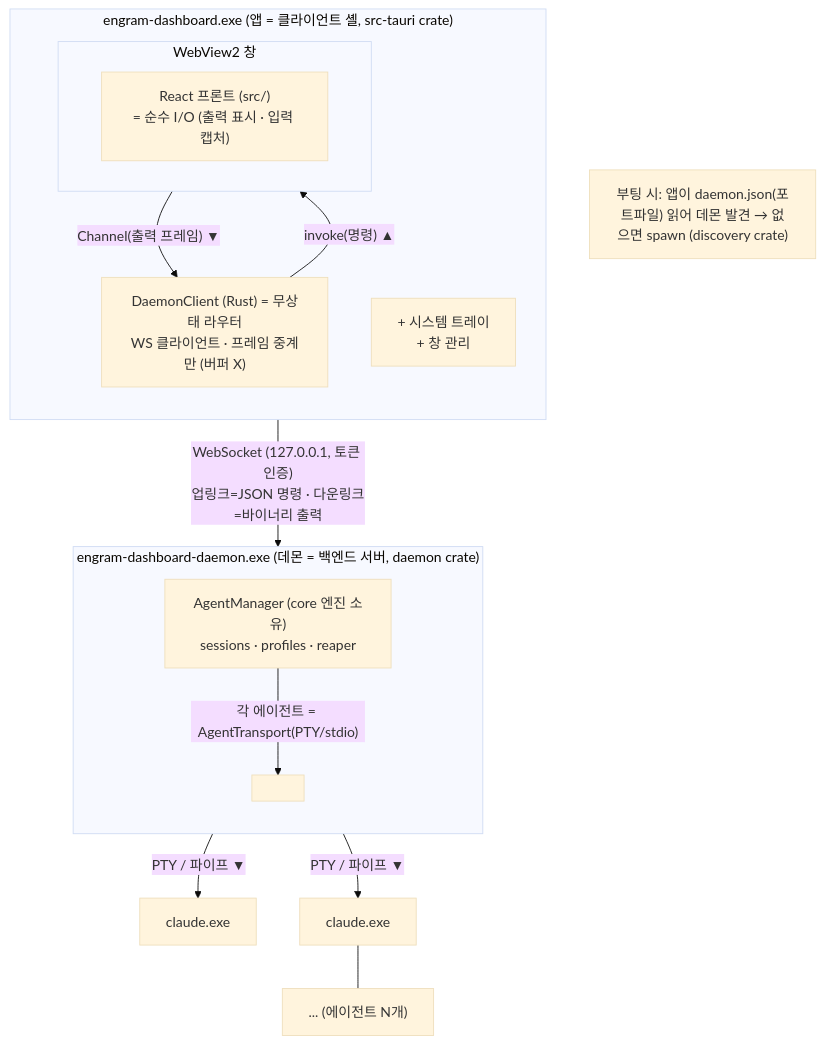
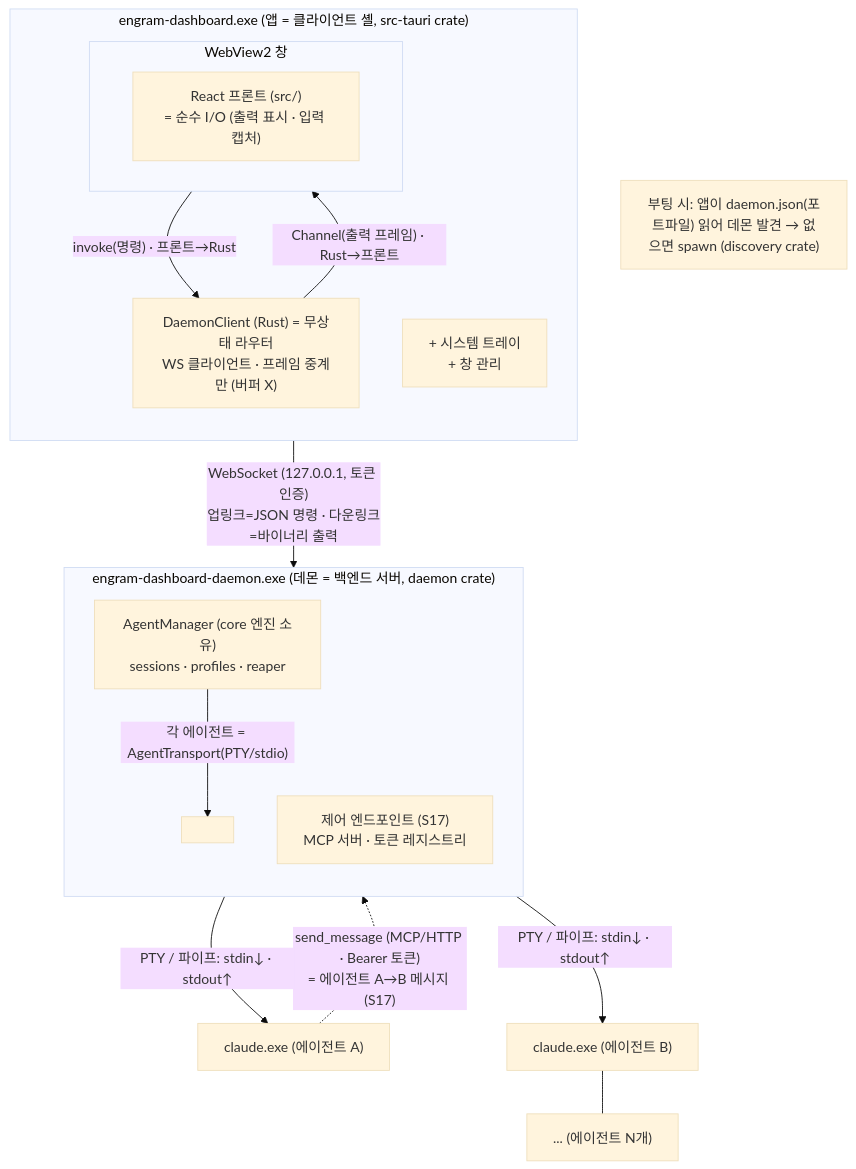
Before and after one commit to kimsunzun/engram-dashboard: the first of 18 diagrams in docs/reference/architecture-overview.md, drawn with Mermaid (base theme). The commit also changed other lines of this file, not shown here.

````diff
--- a/docs/reference/architecture-overview.md
+++ b/docs/reference/architecture-overview.md
@@ -35,26 +38,28 @@
 ```mermaid
 flowchart TD
   subgraph APP["engram-dashboard.exe (앱 = 클라이언트 셸, src-tauri crate)"]
     direction TB
     subgraph WV["WebView2 창"]
       WVc["React 프론트 (src/)<br/>= 순수 I/O (출력 표시 · 입력 캡처)"]
     end
     EXTRA["+ 시스템 트레이<br/>+ 창 관리"]
     DC["DaemonClient (Rust) = 무상태 라우터<br/>WS 클라이언트 · 프레임 중계만 (버퍼 X)"]
-    DC -->|"invoke(명령) ▲"| WV
-    WV -->|"Channel(출력 프레임) ▼"| DC
+    WV -->|"invoke(명령) · 프론트→Rust"| DC
+    DC -->|"Channel(출력 프레임) · Rust→프론트"| WV
   end
 
   subgraph DAEMON["engram-dashboard-daemon.exe (데몬 = 백엔드 서버, daemon crate)"]
     direction TB
     AM["AgentManager (core 엔진 소유)<br/>sessions · profiles · reaper"]
+    CTL["제어 엔드포인트 (S17)<br/>MCP 서버 · 토큰 레지스트리"]
     AM -->|"각 에이전트 = AgentTransport(PTY/stdio)"| TR[" "]
   end
 
   DC -->|"WebSocket (127.0.0.1, 토큰 인증)<br/>업링크=JSON 명령 · 다운링크=바이너리 출력"| AM
-  DAEMON -->|"PTY / 파이프 ▼"| A1["claude.exe"]
-  DAEMON -->|"PTY / 파이프 ▼"| A2["claude.exe"]
+  DAEMON -->|"PTY / 파이프: stdin↓ · stdout↑"| A1["claude.exe (에이전트 A)"]
+  DAEMON -->|"PTY / 파이프: stdin↓ · stdout↑"| A2["claude.exe (에이전트 B)"]
   A2 --- AN["... (에이전트 N개)"]
+  A1 -.->|"send_message (MCP/HTTP · Bearer 토큰)<br/>= 에이전트 A→B 메시지 (S17)"| CTL
 
   BOOT["부팅 시: 앱이 daemon.json(포트파일) 읽어 데몬 발견 → 없으면 spawn (discovery crate)"]
 ```
````
